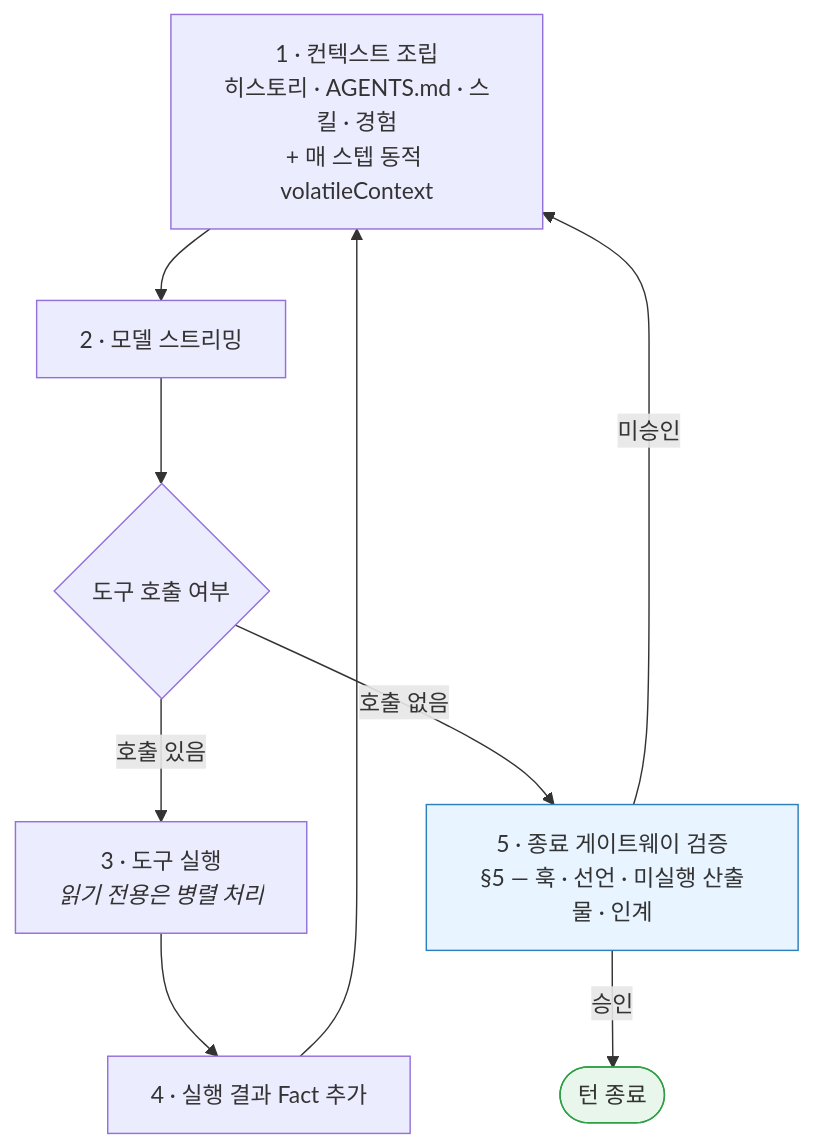
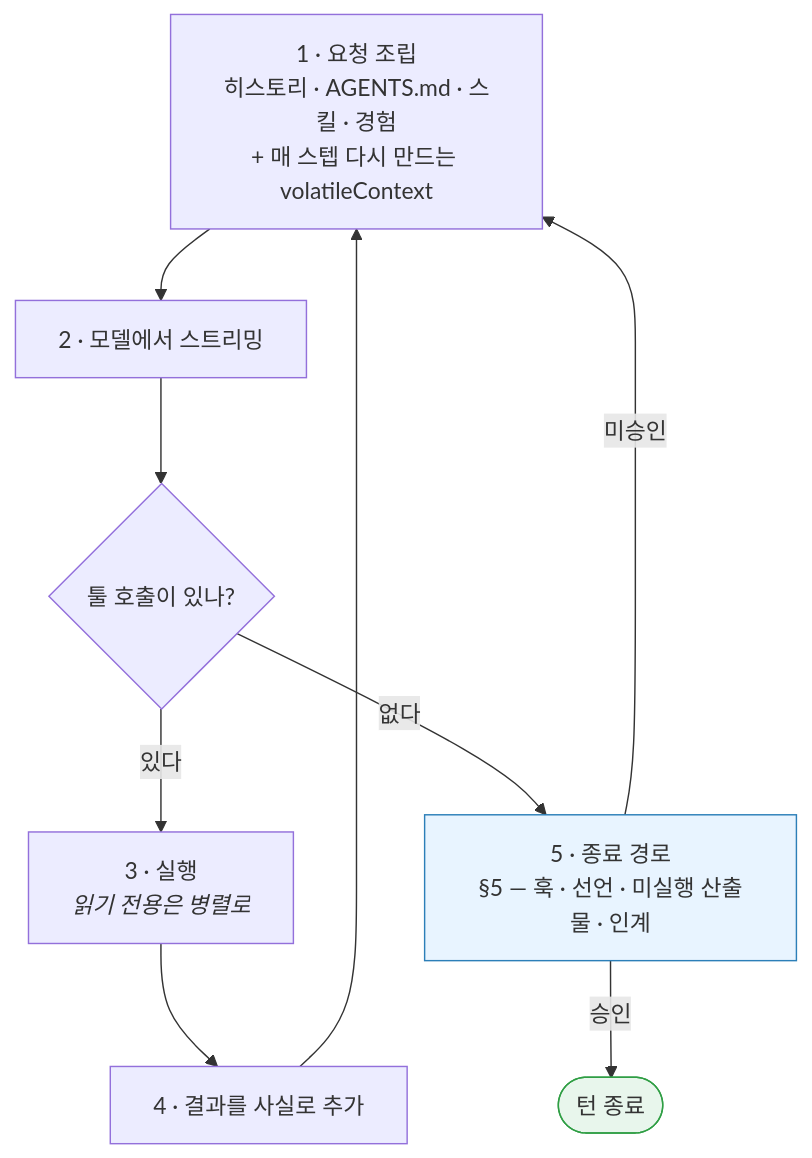
Before and after one commit to sayaya1090/magi: the fourth of 6 diagrams in docs/ARCHITECTURE.ko.md, drawn with Mermaid. The commit also changed other lines of this file and 4 other files, not shown here.

````diff
--- a/docs/ARCHITECTURE.ko.md
+++ b/docs/ARCHITECTURE.ko.md
@@ -385,12 +515,12 @@
 ```mermaid
 flowchart TD
-    A[1 · 컨텍스트 조립<br/>히스토리 · AGENTS.md · 스킬 · 경험<br/>+ 매 스텝 동적 volatileContext] --> B[2 · 모델 스트리밍]
-    B --> C{도구 호출 여부}
-    C -->|호출 있음| D[3 · 도구 실행<br/><i>읽기 전용은 병렬 처리</i>] --> E[4 · 실행 결과 Fact 추가] --> A
-    C -->|호출 없음| F[5 · 종료 게이트웨이 검증<br/>§5 — 훅 · 선언 · 미실행 산출물 · 인계]
+    A[1 · 요청 조립<br/>히스토리 · AGENTS.md · 스킬 · 경험<br/>+ 매 스텝 다시 만드는 volatileContext] --> B[2 · 모델에서 스트리밍]
+    B --> C{툴 호출이 있나?}
+    C -->|있다| D[3 · 실행<br/><i>읽기 전용은 병렬로</i>] --> E[4 · 결과를 사실로 추가] --> A
+    C -->|없다| F[5 · 종료 경로<br/>§5 — 훅 · 선언 · 미실행 산출물 · 인계]
     F -->|미승인| A
     F -->|승인| G([턴 종료])
 
     style G fill:#e8f6ec,stroke:#2f9e44
     style F fill:#e8f4ff,stroke:#2c7fb8
 ```
````
